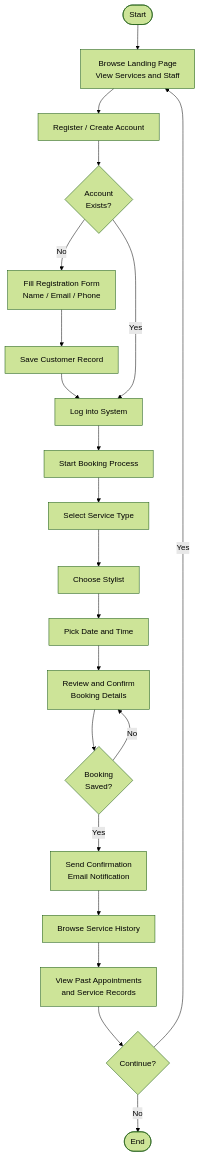
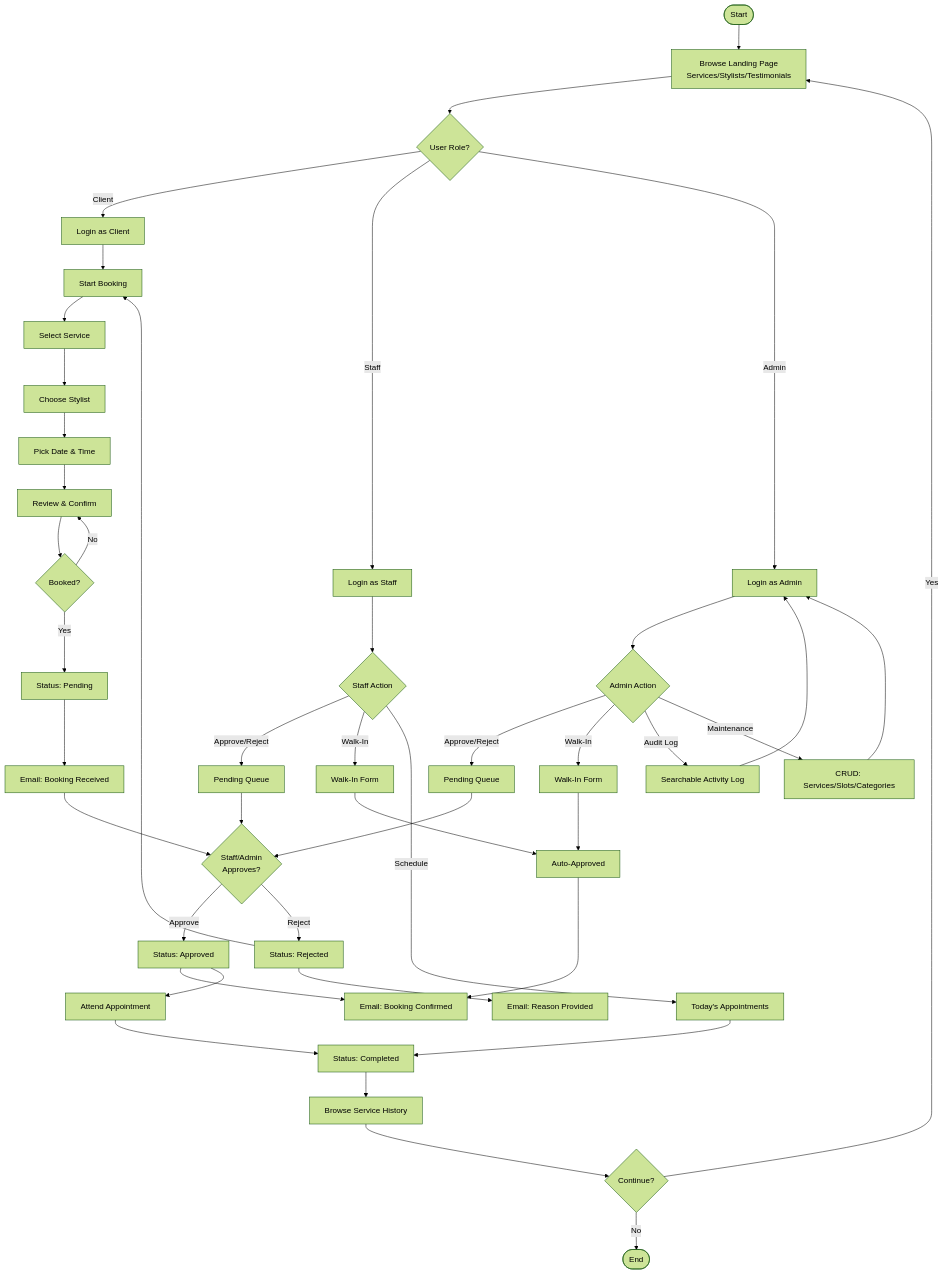
Before and after one commit to pandadoor/crm: the second of 2 diagrams in README.md, drawn with Mermaid (forest theme). The commit also changed other lines of this file, not shown here.

Commit message:
docs: update README flowcharts for v2 (RBAC, approval, audit, maintenance)

````diff
--- a/README.md
+++ b/README.md
@@ -105,23 +130,50 @@
 ```mermaid
 graph TD
-    P_START([Start]) --> BROWSE[Browse Landing Page<br/>View Services and Staff]
-    BROWSE --> REGISTER[Register / Create Account]
-    REGISTER --> EXISTS{Account<br/>Exists?}
-    EXISTS -->|No| CREATE_ACCT[Fill Registration Form<br/>Name / Email / Phone]
-    CREATE_ACCT --> SAVE_ACCT[Save Customer Record]
-    SAVE_ACCT --> LOGIN[Log into System]
-    EXISTS -->|Yes| LOGIN
-    LOGIN --> BOOK[Start Booking Process]
-    BOOK --> PICK_SVC[Select Service Type]
+    START([Start]) --> LANDING[Browse Landing Page<br/>Services/Stylists/Testimonials]
+    LANDING --> ROLE{User Role?}
+
+    ROLE -->|Client| CLIENT_LOGIN[Login as Client]
+    CLIENT_LOGIN --> BOOK[Start Booking]
+    BOOK --> PICK_SVC[Select Service]
     PICK_SVC --> PICK_STYL[Choose Stylist]
-    PICK_STYL --> PICK_DATE[Pick Date and Time]
-    PICK_DATE --> CONFIRM[Review and Confirm<br/>Booking Details]
-    CONFIRM --> SAVED{Booking<br/>Saved?}
+    PICK_STYL --> PICK_DATE[Pick Date & Time]
+    PICK_DATE --> CONFIRM[Review & Confirm]
+    CONFIRM --> SAVED{Booked?}
     SAVED -->|No| CONFIRM
-    SAVED -->|Yes| SEND_EMAIL[Send Confirmation<br/>Email Notification]
-    SEND_EMAIL --> HISTORY[Browse Service History]
-    HISTORY --> VIEW_HIST[View Past Appointments<br/>and Service Records]
-    VIEW_HIST --> CONT{Continue?}
-    CONT -->|Yes| BROWSE
-    CONT -->|No| P_END([End])
+    SAVED -->|Yes| PENDING[Status: Pending]
+    PENDING --> NOTIFY_PENDING[Email: Booking Received]
+    NOTIFY_PENDING --> WAIT{Staff/Admin<br/>Approves?}
+    WAIT -->|Approve| APPROVED[Status: Approved]
+    APPROVED --> EMAIL_APPROVED[Email: Booking Confirmed]
+    APPROVED --> SERVICE_DAY[Attend Appointment]
+    SERVICE_DAY --> COMPLETE[Status: Completed]
+    WAIT -->|Reject| REJECTED[Status: Rejected]
+    REJECTED --> EMAIL_REJECTED[Email: Reason Provided]
+    REJECTED --> BOOK
+
+    ROLE -->|Staff| STAFF_LOGIN[Login as Staff]
+    STAFF_LOGIN --> STAFF_VIEW{Staff Action}
+    STAFF_VIEW -->|Approve/Reject| APPROVE_ACTION[Pending Queue]
+    APPROVE_ACTION --> WAIT
+    STAFF_VIEW -->|Walk-In| WALKIN[Walk-In Form]
+    WALKIN --> AUTO_APPROVED[Auto-Approved]
+    AUTO_APPROVED --> EMAIL_APPROVED
+    STAFF_VIEW -->|Schedule| TODAY_VIEW[Today's Appointments]
+    TODAY_VIEW --> COMPLETE
+
+    ROLE -->|Admin| ADMIN_LOGIN[Login as Admin]
+    ADMIN_LOGIN --> ADMIN_VIEW{Admin Action}
+    ADMIN_VIEW -->|Approve/Reject| ADMIN_APPROVE[Pending Queue]
+    ADMIN_APPROVE --> WAIT
+    ADMIN_VIEW -->|Walk-In| ADMIN_WALKIN[Walk-In Form]
+    ADMIN_WALKIN --> AUTO_APPROVED
+    ADMIN_VIEW -->|Audit Log| AUDIT[Searchable Activity Log]
+    ADMIN_VIEW -->|Maintenance| MAINT[CRUD: Services/Slots/Categories]
+    AUDIT --> ADMIN_LOGIN
+    MAINT --> ADMIN_LOGIN
+
+    COMPLETE --> HISTORY[Browse Service History]
+    HISTORY --> CONT{Continue?}
+    CONT -->|Yes| LANDING
+    CONT -->|No| END([End])
 ```
````
